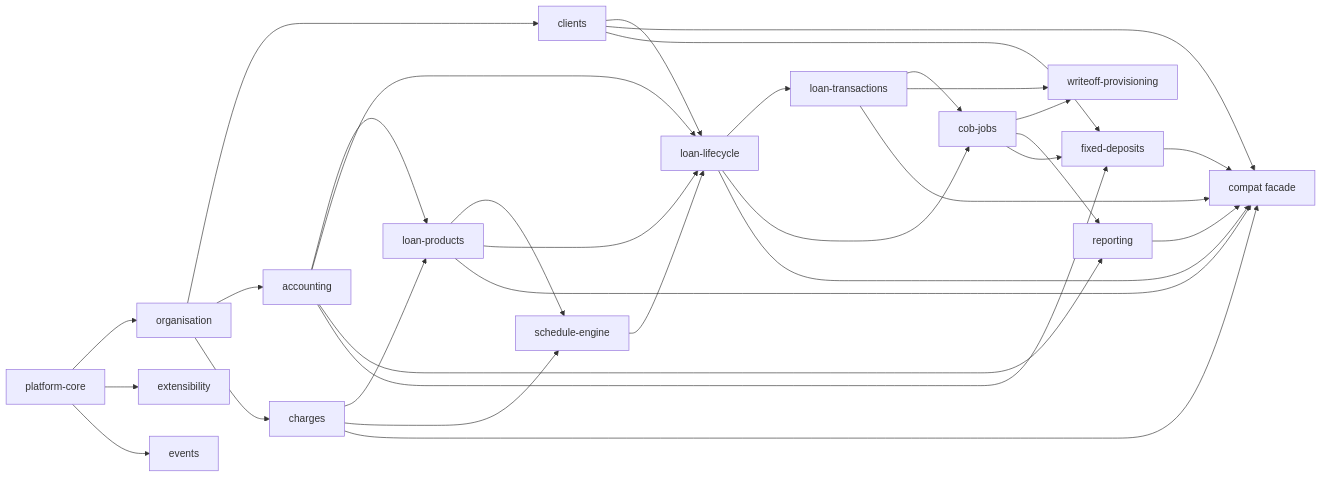
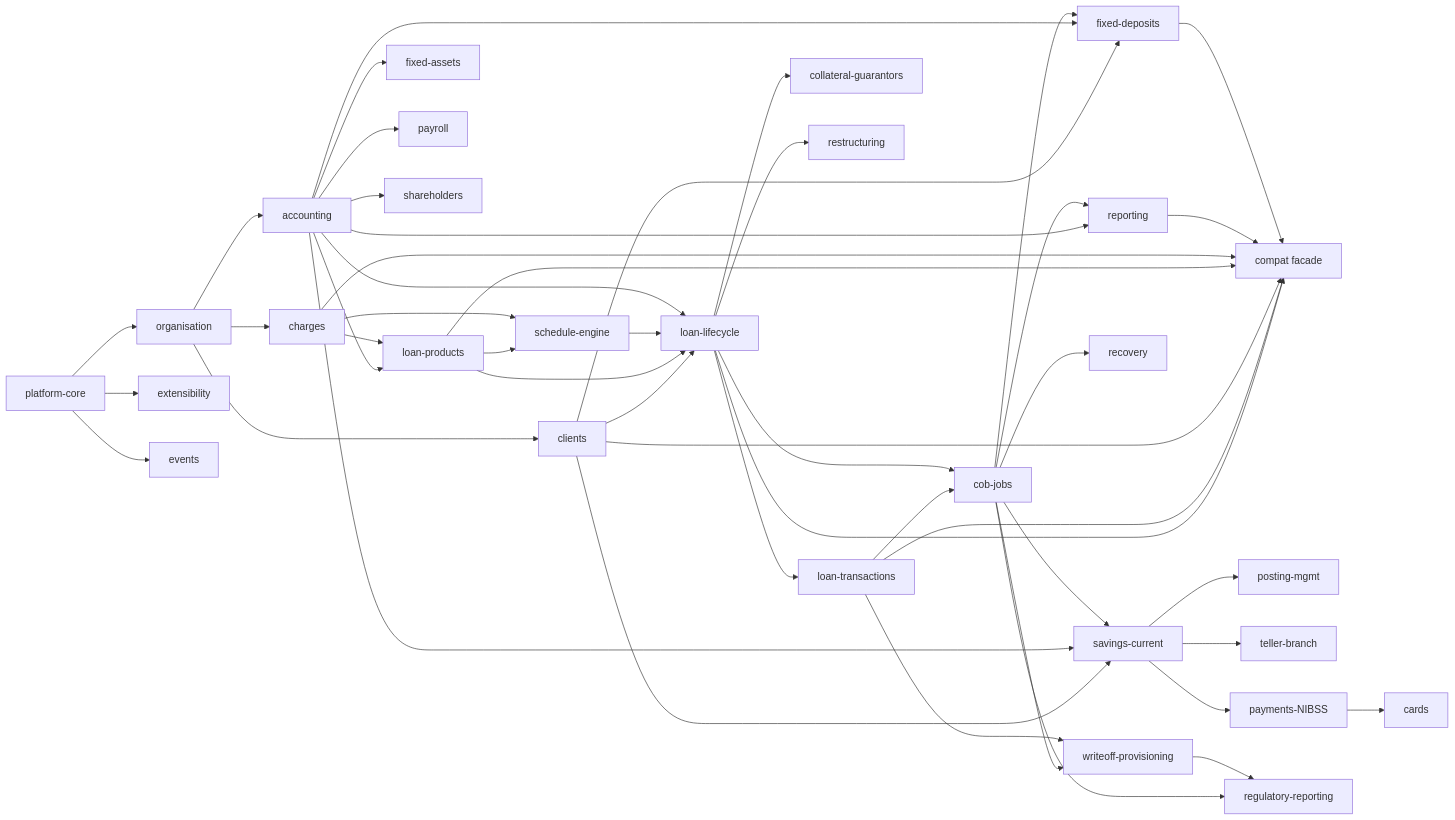
Before and after one commit to VeendHQ/veend-core-banking: the diagram in docs/blueprint/05-modules/README.md, drawn with Mermaid. The commit also changed other lines of this file and 47 other files, not shown here.

First line of the commit message:
Add Shareholder Management and Teller Branch Cash modules; review Recovery Team submission

````diff
--- a/docs/blueprint/05-modules/README.md
+++ b/docs/blueprint/05-modules/README.md
@@ -31,27 +44,34 @@
 ```mermaid
 flowchart LR
     PC[platform-core] --> ORG[organisation]
     PC --> EXT[extensibility]
     ORG --> CLI[clients]
     ORG --> ACC[accounting]
     ACC --> LP[loan-products]
     CHG[charges] --> LP
     ORG --> CHG
     LP --> SCH[schedule-engine]
     CHG --> SCH
     CLI --> LN[loan-lifecycle]
     LP --> LN
     SCH --> LN
     ACC --> LN
     LN --> TXN[loan-transactions]
     TXN --> COB[cob-jobs]
     LN --> COB
     COB --> WO[writeoff-provisioning]
     TXN --> WO
     ACC --> RPT[reporting]
     COB --> RPT
     PC --> EVT[events]
     LN & TXN & CLI & LP & CHG & RPT --> COMPAT[compat facade]
     CLI & ACC & COB --> FD[fixed-deposits]
     FD --> COMPAT
+    CLI & ACC & COB --> CASA[savings-current]
+    CASA --> PST[posting-mgmt] & TLR[teller-branch] & PAY[payments-NIBSS]
+    PAY --> CRD[cards]
+    LN --> COLL[collateral-guarantors] & RS[restructuring]
+    COB --> RCV[recovery] & REG[regulatory-reporting]
+    ACC --> FA[fixed-assets] & PRL[payroll] & SHR[shareholders]
+    WO --> REG
 ```
````
